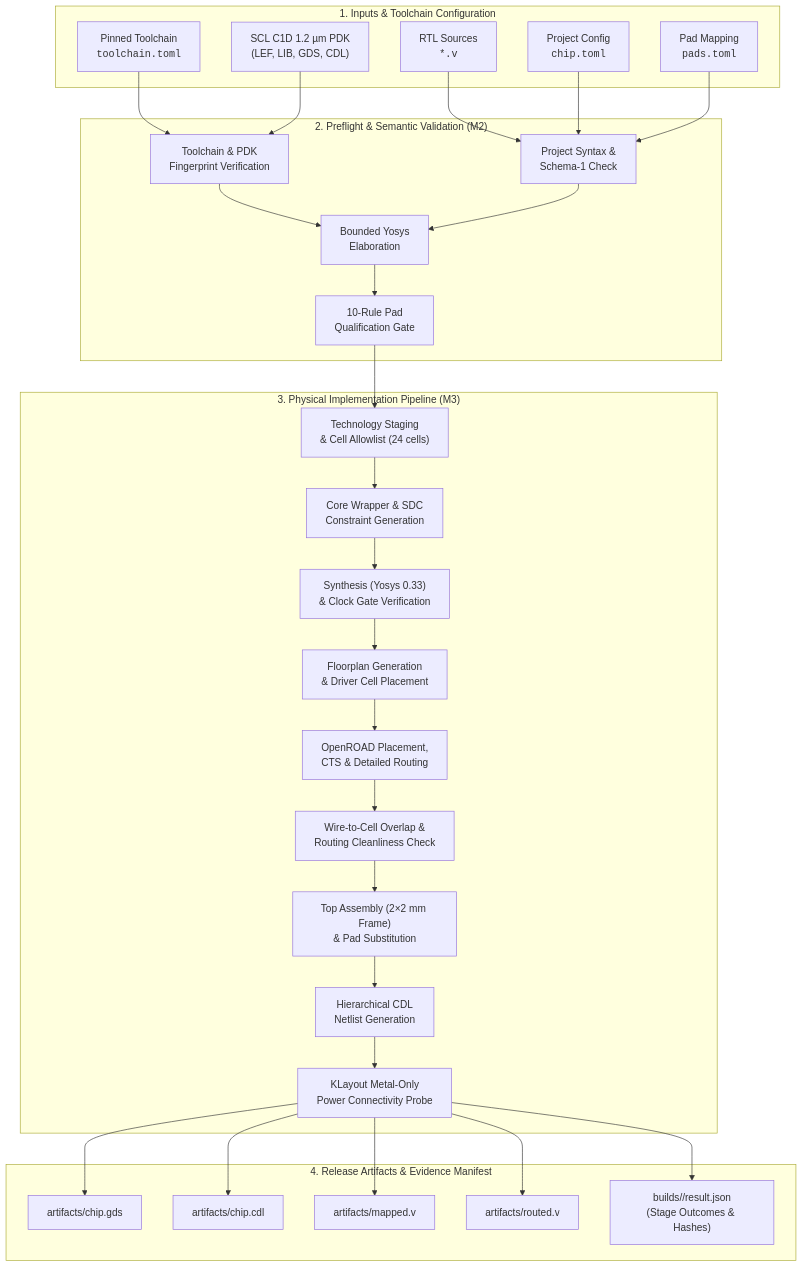
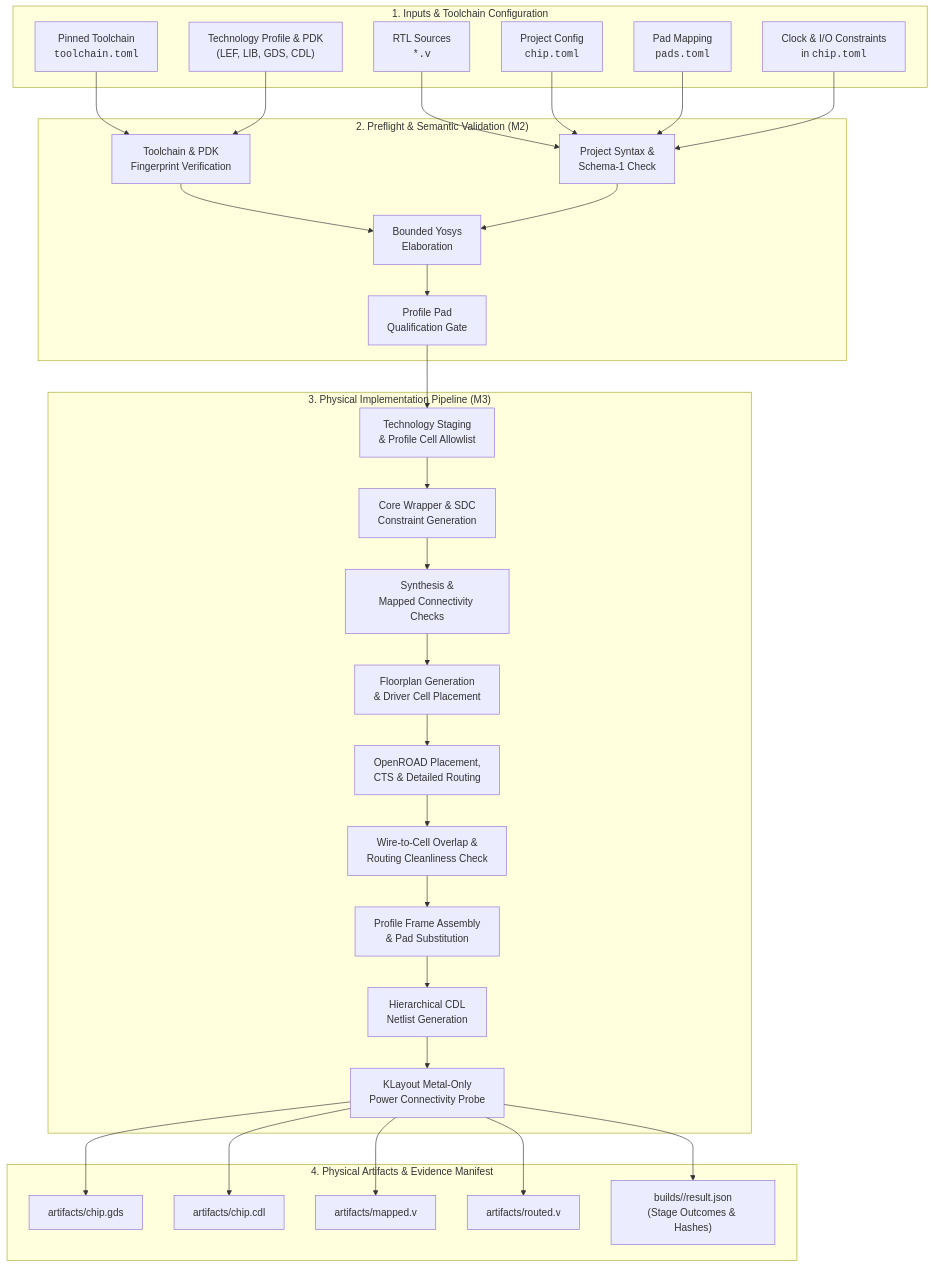
The second of 4 diagrams in README.md (noslacklabs/tapeout-automation), drawn with Mermaid before and after one commit. The commit also changed other lines of this file and 5 other files, not shown here.

````diff
--- a/README.md
+++ b/README.md
@@ -43,47 +50,48 @@
 ```mermaid
 flowchart TD
     subgraph Inputs ["1. Inputs & Toolchain Configuration"]
         RTL["RTL Sources<br/><code>*.v</code>"]
         CFG["Project Config<br/><code>chip.toml</code>"]
         PADS["Pad Mapping<br/><code>pads.toml</code>"]
-        PDK["SCL C1D 1.2 µm PDK<br/>(LEF, LIB, GDS, CDL)"]
+        CONSTRAINTS["Clock & I/O Constraints<br/>in <code>chip.toml</code>"]
+        PDK["Technology Profile & PDK<br/>(LEF, LIB, GDS, CDL)"]
         TC["Pinned Toolchain<br/><code>toolchain.toml</code>"]
     end
 
     subgraph Preflight ["2. Preflight & Semantic Validation (M2)"]
         VAL_TC["Toolchain & PDK<br/>Fingerprint Verification"]
         VAL_SYNTAX["Project Syntax &<br/>Schema-1 Check"]
         ELAB["Bounded Yosys<br/>Elaboration"]
-        PAD_QUAL["10-Rule Pad<br/>Qualification Gate"]
+        PAD_QUAL["Profile Pad<br/>Qualification Gate"]
     end
 
     subgraph PhysicalFlow ["3. Physical Implementation Pipeline (M3)"]
-        TECH["Technology Staging<br/>& Cell Allowlist (24 cells)"]
+        TECH["Technology Staging<br/>& Profile Cell Allowlist"]
         WRAP["Core Wrapper & SDC<br/>Constraint Generation"]
-        SYNTH["Synthesis (Yosys 0.33)<br/>& Clock Gate Verification"]
+        SYNTH["Synthesis &<br/>Mapped Connectivity Checks"]
         FLOORPLAN["Floorplan Generation<br/>& Driver Cell Placement"]
         PNR["OpenROAD Placement,<br/>CTS & Detailed Routing"]
         ROUT_VERIFY["Wire-to-Cell Overlap &<br/>Routing Cleanliness Check"]
-        ASM["Top Assembly (2×2 mm Frame)<br/>& Pad Substitution"]
+        ASM["Profile Frame Assembly<br/>& Pad Substitution"]
         CDL["Hierarchical CDL<br/>Netlist Generation"]
         PWR_PROBE["KLayout Metal-Only<br/>Power Connectivity Probe"]
     end
 
-    subgraph Outputs ["4. Release Artifacts & Evidence Manifest"]
+    subgraph Outputs ["4. Physical Artifacts & Evidence Manifest"]
         GDS["artifacts/chip.gds"]
         CDL_OUT["artifacts/chip.cdl"]
         MAP_V["artifacts/mapped.v"]
         ROUT_V["artifacts/routed.v"]
         RESULT["builds/<run-id>/result.json<br/>(Stage Outcomes & Hashes)"]
     end
 
-    RTL & CFG & PADS --> VAL_SYNTAX
+    RTL & CFG & PADS & CONSTRAINTS --> VAL_SYNTAX
     TC & PDK --> VAL_TC
     VAL_TC & VAL_SYNTAX --> ELAB
     ELAB --> PAD_QUAL
 
     PAD_QUAL --> TECH
     TECH --> WRAP --> SYNTH --> FLOORPLAN --> PNR --> ROUT_VERIFY --> ASM --> CDL --> PWR_PROBE
 
     PWR_PROBE --> GDS & CDL_OUT & MAP_V & ROUT_V & RESULT
 ```
````
